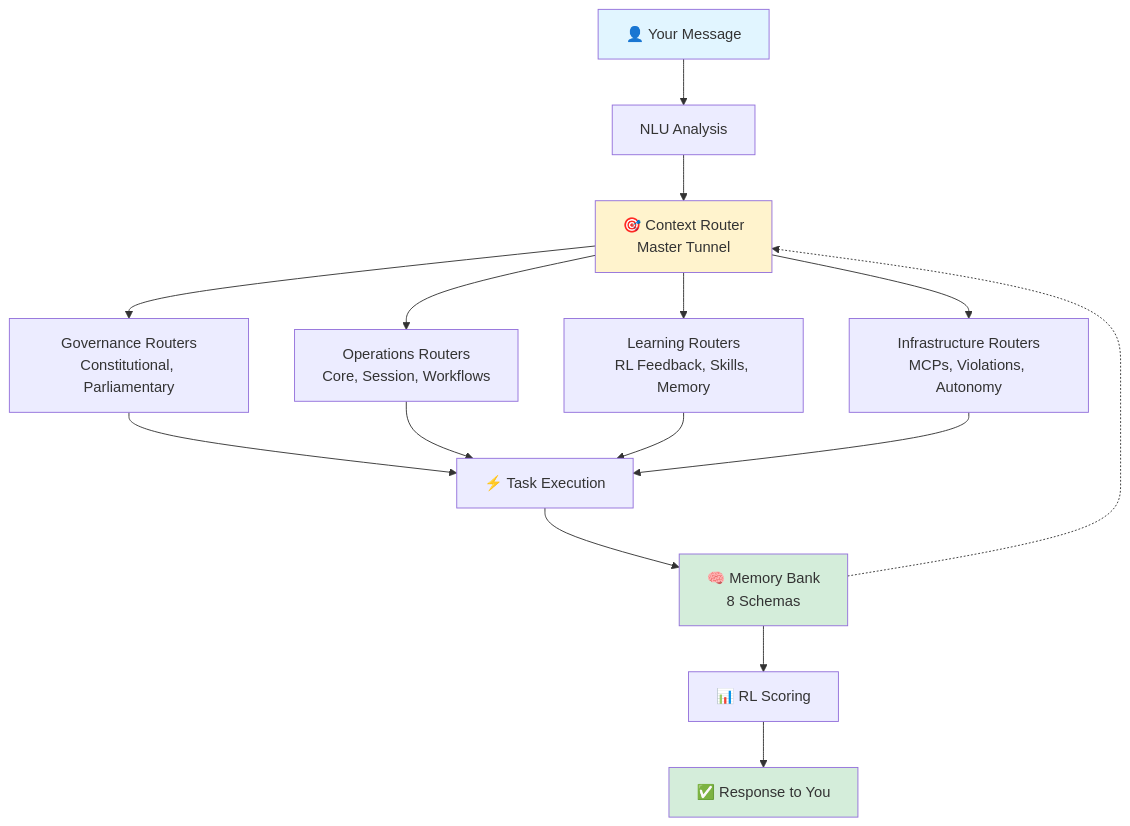
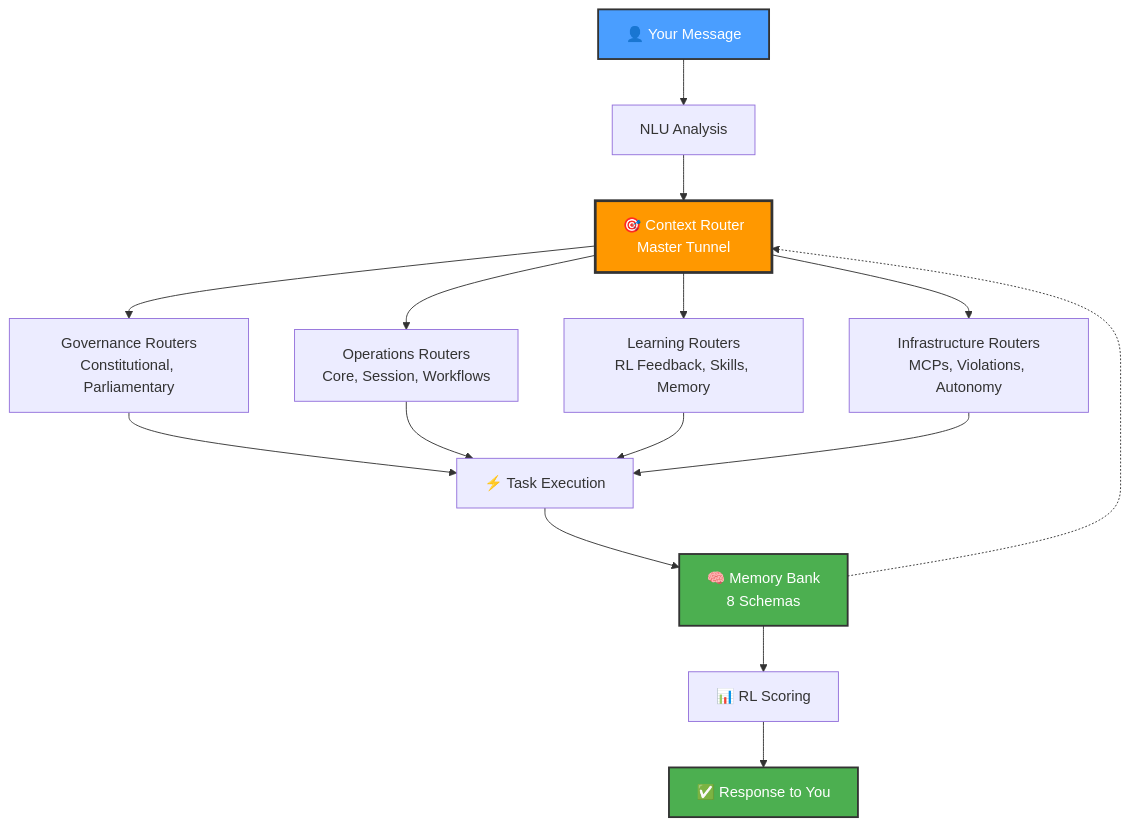
The diagram in README.md (Gaurav-Wankhede/AegisIDE), drawn with Mermaid before and after one commit.

Commit message:
Fix Mermaid diagram colors for dark/light theme compatibility
- Updated node colors to use darker, more vibrant colors
- Added white text color for better contrast
- Added darker stroke borders for visibility in both themes
- Blue (#4a9eff) for user input
- Orange (#ff9800) for context router (emphasized with thicker border)
- Green (#4caf50) for memory bank and response

````diff
--- a/README.md
+++ b/README.md
@@ -36,26 +36,26 @@
 ```mermaid
 graph TB
     U[👤 Your Message] --> NLU[NLU Analysis]
     NLU --> CR[🎯 Context Router<br/>Master Tunnel]
     
     CR --> GOV[Governance Routers<br/>Constitutional, Parliamentary]
     CR --> OPS[Operations Routers<br/>Core, Session, Workflows]
     CR --> LEARN[Learning Routers<br/>RL Feedback, Skills, Memory]
     CR --> INFRA[Infrastructure Routers<br/>MCPs, Violations, Autonomy]
     
     GOV --> EXEC[⚡ Task Execution]
     OPS --> EXEC
     LEARN --> EXEC
     INFRA --> EXEC
     
     EXEC --> MB[🧠 Memory Bank<br/>8 Schemas]
     MB --> RL[📊 RL Scoring]
     RL --> RESP[✅ Response to You]
     
     MB -.-> CR
     
-    style U fill:#e1f5ff
-    style CR fill:#fff3cd
-    style MB fill:#d4edda
-    style RESP fill:#d4edda
+    style U fill:#4a9eff,stroke:#333,stroke-width:2px,color:#fff
+    style CR fill:#ff9800,stroke:#333,stroke-width:3px,color:#fff
+    style MB fill:#4caf50,stroke:#333,stroke-width:2px,color:#fff
+    style RESP fill:#4caf50,stroke:#333,stroke-width:2px,color:#fff
 ```
````
